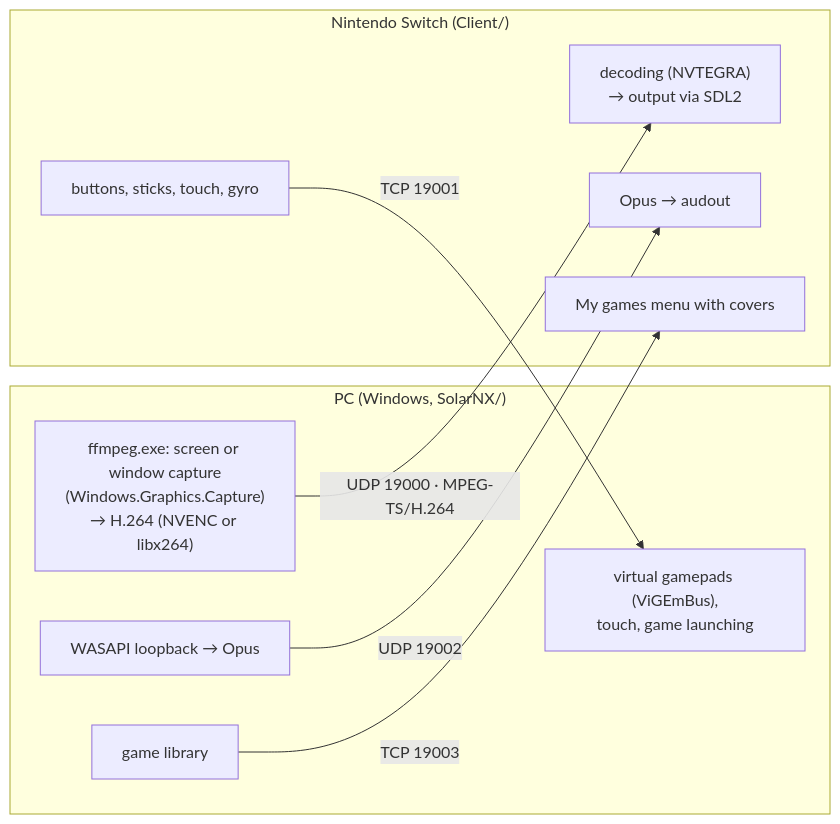
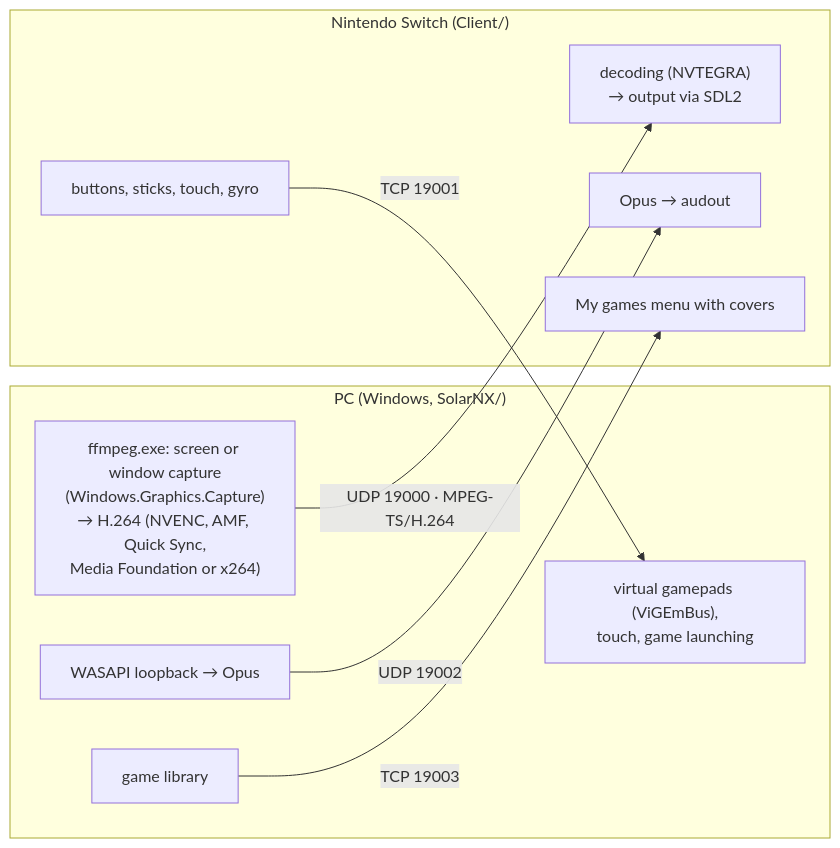
One commit to HaDoKit/SolarNX changed the diagram in docs/architecture.en.md. Above: the diagram before and after it, drawn with Mermaid. The commit also changed 20 other files, not shown here.

First line of the commit message:
Video encoding on any GPU: NVIDIA, AMD, Intel, Media Foundation

````diff
--- a/docs/architecture.en.md
+++ b/docs/architecture.en.md
@@ -7,19 +7,19 @@
 ```mermaid
 flowchart LR
     subgraph PC["PC (Windows, SolarNX/)"]
-        cap["ffmpeg.exe: screen or window capture<br/>(Windows.Graphics.Capture)<br/>→ H.264 (NVENC or libx264)"]
+        cap["ffmpeg.exe: screen or window capture<br/>(Windows.Graphics.Capture)<br/>→ H.264 (NVENC, AMF, Quick Sync,<br/>Media Foundation or x264)"]
         aud["WASAPI loopback → Opus"]
         inp["virtual gamepads (ViGEmBus),<br/>touch, game launching"]
         lib["game library"]
     end
     subgraph NX["Nintendo Switch (Client/)"]
         dec["decoding (NVTEGRA)<br/>→ output via SDL2"]
         play["Opus → audout"]
         ctl["buttons, sticks, touch, gyro"]
         menu["My games menu with covers"]
     end
     cap -- "UDP 19000 · MPEG-TS/H.264" --> dec
     aud -- "UDP 19002" --> play
     ctl -- "TCP 19001" --> inp
     lib -- "TCP 19003" --> menu
 ```
````
